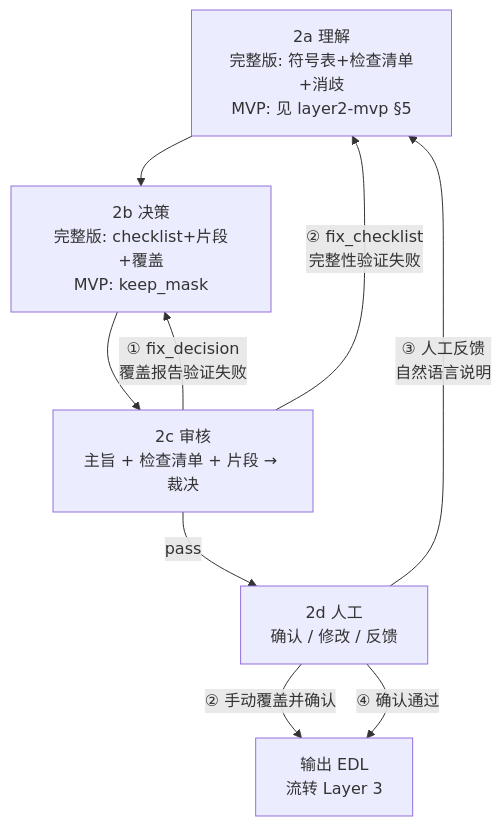
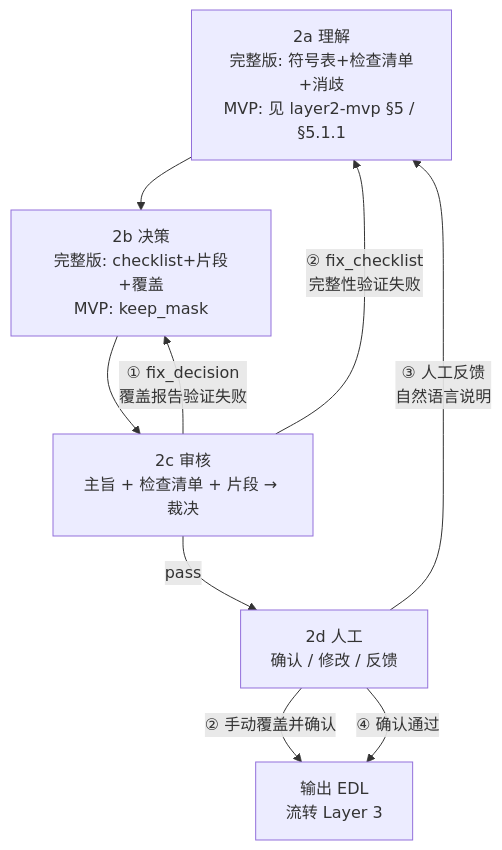
One commit to yy35959199/ascut changed the second of 2 diagrams in doc/AutoSmartCut.md. Above: the diagram before and after it, drawn with Mermaid. The commit also changed other lines of this file and 29 other files, not shown here.

````diff
--- a/doc/AutoSmartCut.md
+++ b/doc/AutoSmartCut.md
@@ -173,16 +174,16 @@
 ```mermaid
 flowchart TD
-  A["2a 理解\n完整版: 符号表+检查清单+消歧\nMVP: 见 layer2-mvp §5"]
+  A["2a 理解\n完整版: 符号表+检查清单+消歧\nMVP: 见 layer2-mvp §5 / §5.1.1"]
   B["2b 决策\n完整版: checklist+片段+覆盖\nMVP: keep_mask"]
   C["2c 审核\n主旨 + 检查清单 + 片段 → 裁决"]
   D["2d 人工\n确认 / 修改 / 反馈"]
   E["输出 EDL\n流转 Layer 3"]
 
   A --> B --> C
   C -->|"② fix_checklist\n完整性验证失败"| A
   C -->|"① fix_decision\n覆盖报告验证失败"| B
   C -->|"pass"| D
   D -->|"③ 人工反馈\n自然语言说明"| A
   D -->|"② 手动覆盖并确认"| E
   D -->|"④ 确认通过"| E
 ```
````
